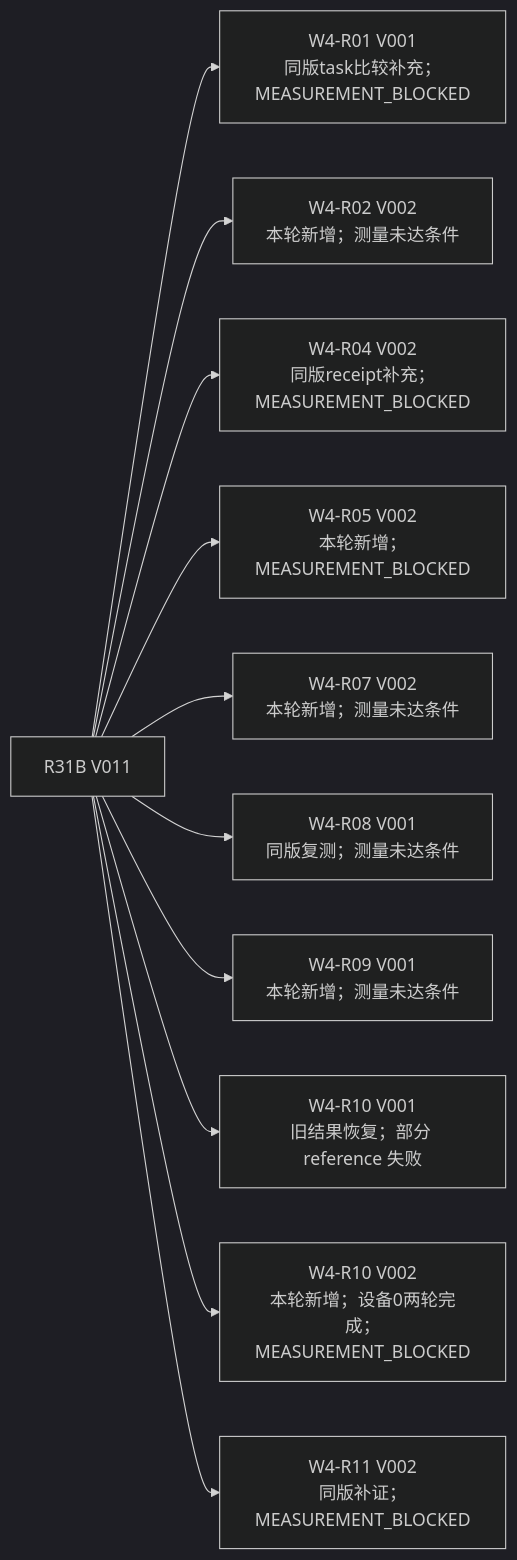
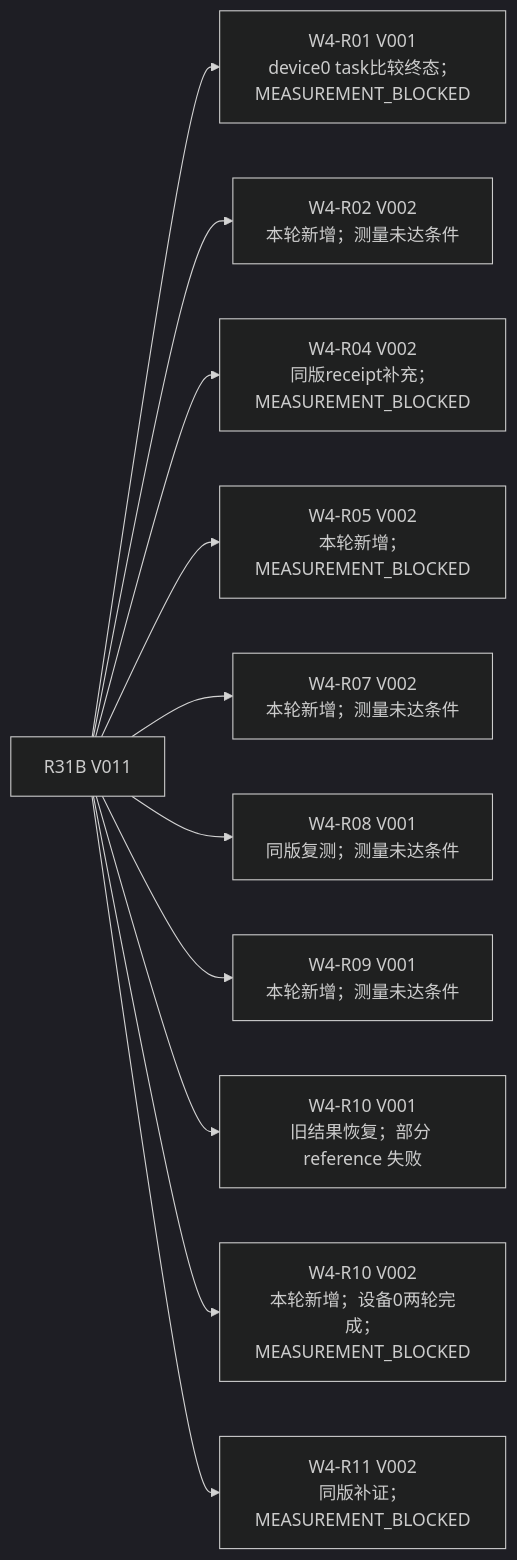
Before and after one commit to sxyq/CANN: the first of 4 diagrams in 技术路线/技术路线图.md, drawn with Mermaid (dark theme). The commit also changed other lines of this file and 3 other files, not shown here.

````diff
--- a/技术路线/技术路线图.md
+++ b/技术路线/技术路线图.md
@@ -41,14 +41,14 @@
 ```mermaid
 flowchart LR
   p["R31B V011"]
-  p --> r01["W4-R01 V001<br/>同版task比较补充；MEASUREMENT_BLOCKED"]
+  p --> r01["W4-R01 V001<br/>device0 task比较终态；MEASUREMENT_BLOCKED"]
   p --> r02["W4-R02 V002<br/>本轮新增；测量未达条件"]
   p --> r04["W4-R04 V002<br/>同版receipt补充；MEASUREMENT_BLOCKED"]
   p --> r05["W4-R05 V002<br/>本轮新增；MEASUREMENT_BLOCKED"]
   p --> r07["W4-R07 V002<br/>本轮新增；测量未达条件"]
   p --> r08["W4-R08 V001<br/>同版复测；测量未达条件"]
   p --> r09["W4-R09 V001<br/>本轮新增；测量未达条件"]
   p --> r10["W4-R10 V001<br/>旧结果恢复；部分 reference 失败"]
   p --> r10v2["W4-R10 V002<br/>本轮新增；设备0两轮完成；MEASUREMENT_BLOCKED"]
   p --> r11["W4-R11 V002<br/>同版补证；MEASUREMENT_BLOCKED"]
 ```
````
